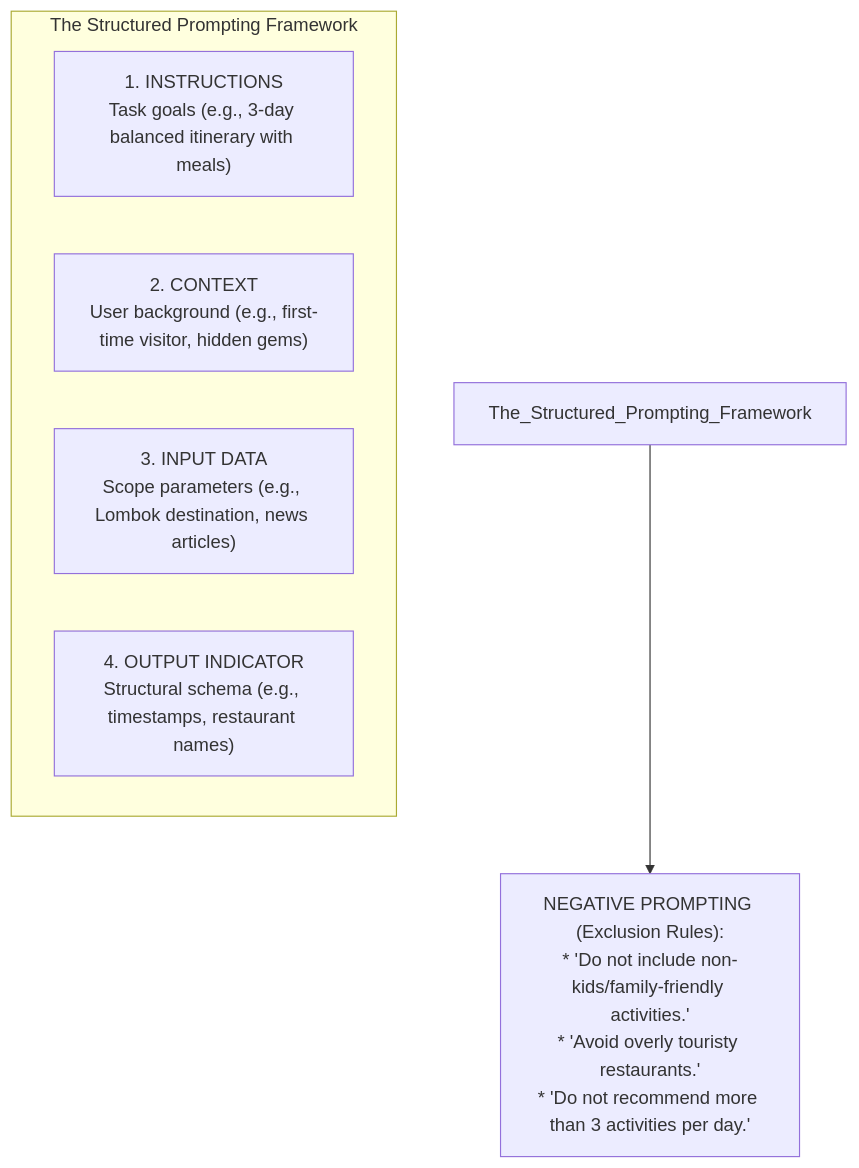
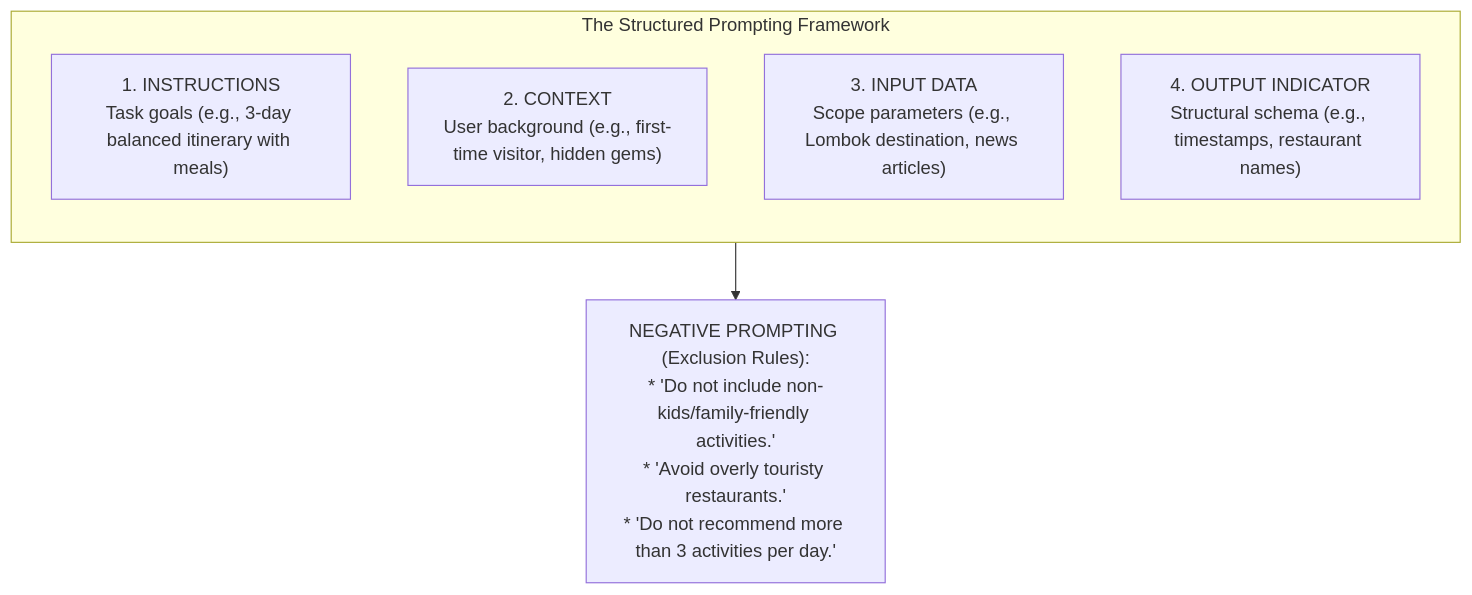
The diagram in docs/ai-practitioner/section-4-prompt-engineering/prompt-engineering-hands-on.mdx (rensaputra/aws-docs), drawn with Mermaid before and after one commit. The commit also changed 3 other files, not shown here.

````diff
--- a/docs/ai-practitioner/section-4-prompt-engineering/prompt-engineering-hands-on.mdx
+++ b/docs/ai-practitioner/section-4-prompt-engineering/prompt-engineering-hands-on.mdx
@@ -13,10 +13,11 @@
 ```mermaid
 flowchart TD
-    subgraph The Structured Prompting Framework
+    subgraph Prompt[The Structured Prompting Framework]
+      direction TB
         A["1. INSTRUCTIONS<br>Task goals (e.g., 3-day balanced itinerary with meals)"]
         B["2. CONTEXT<br>User background (e.g., first-time visitor, hidden gems)"]
         C["3. INPUT DATA<br>Scope parameters (e.g., Lombok destination, news articles)"]
         D["4. OUTPUT INDICATOR<br>Structural schema (e.g., timestamps, restaurant names)"]
     end
-    The_Structured_Prompting_Framework --> E["NEGATIVE PROMPTING (Exclusion Rules):<br>* 'Do not include non-kids/family-friendly activities.'<br>* 'Avoid overly touristy restaurants.'<br>* 'Do not recommend more than 3 activities per day.'"]
+    Prompt --> E["NEGATIVE PROMPTING (Exclusion Rules):<br>* 'Do not include non-kids/family-friendly activities.'<br>* 'Avoid overly touristy restaurants.'<br>* 'Do not recommend more than 3 activities per day.'"]
 ```
````
